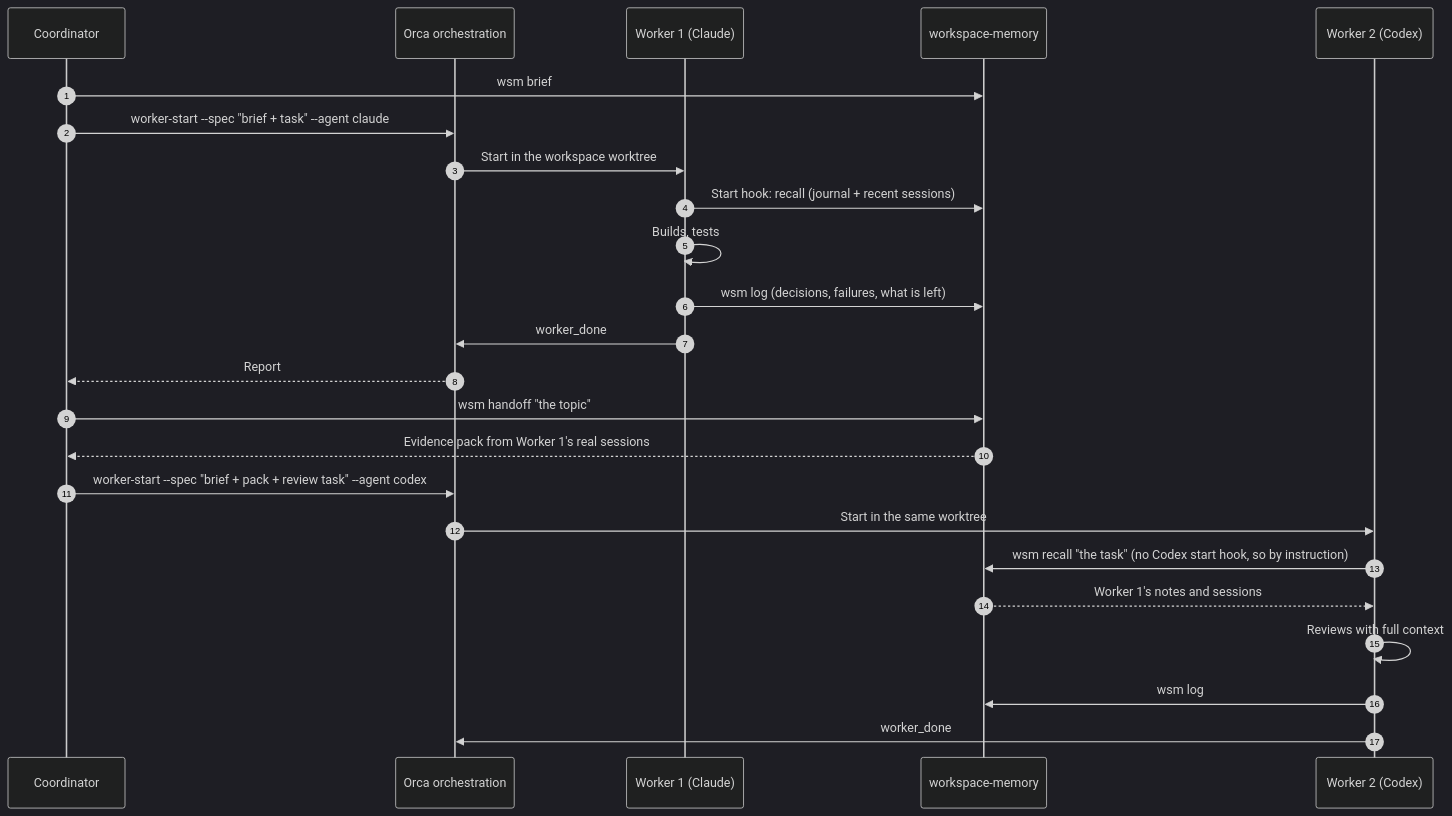
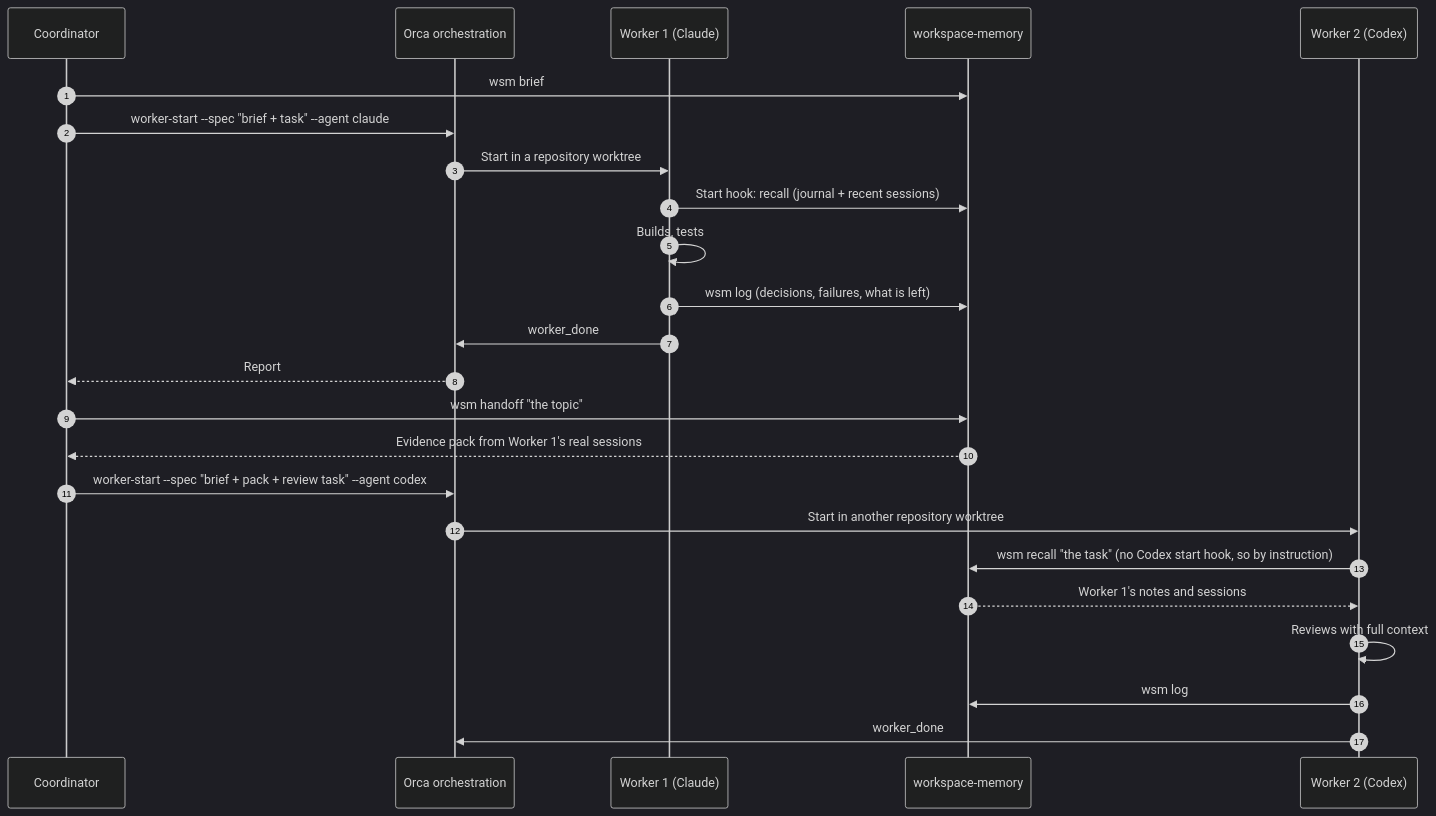
Before and after one commit to nocodedltd/workspace-memory: the third of 4 diagrams in docs/architecture.md, drawn with Mermaid (dark theme). The commit also changed other lines of this file and 4 other files, not shown here.

````diff
--- a/docs/architecture.md
+++ b/docs/architecture.md
@@ -151,27 +151,27 @@
 ```mermaid
 sequenceDiagram
     autonumber
     participant Co as Coordinator
     participant O as Orca orchestration
     participant W1 as Worker 1 (Claude)
     participant M as workspace-memory
     participant W2 as Worker 2 (Codex)
 
     Co->>M: wsm brief
     Co->>O: worker-start --spec "brief + task" --agent claude
-    O->>W1: Start in the workspace worktree
+    O->>W1: Start in a repository worktree
     W1->>M: Start hook: recall (journal + recent sessions)
     W1->>W1: Builds, tests
     W1->>M: wsm log (decisions, failures, what is left)
     W1->>O: worker_done
     O-->>Co: Report
     Co->>M: wsm handoff "the topic"
     M-->>Co: Evidence pack from Worker 1's real sessions
     Co->>O: worker-start --spec "brief + pack + review task" --agent codex
-    O->>W2: Start in the same worktree
+    O->>W2: Start in another repository worktree
     W2->>M: wsm recall "the task" (no Codex start hook, so by instruction)
     M-->>W2: Worker 1's notes and sessions
     W2->>W2: Reviews with full context
     W2->>M: wsm log
     W2->>O: worker_done
 ```
````
